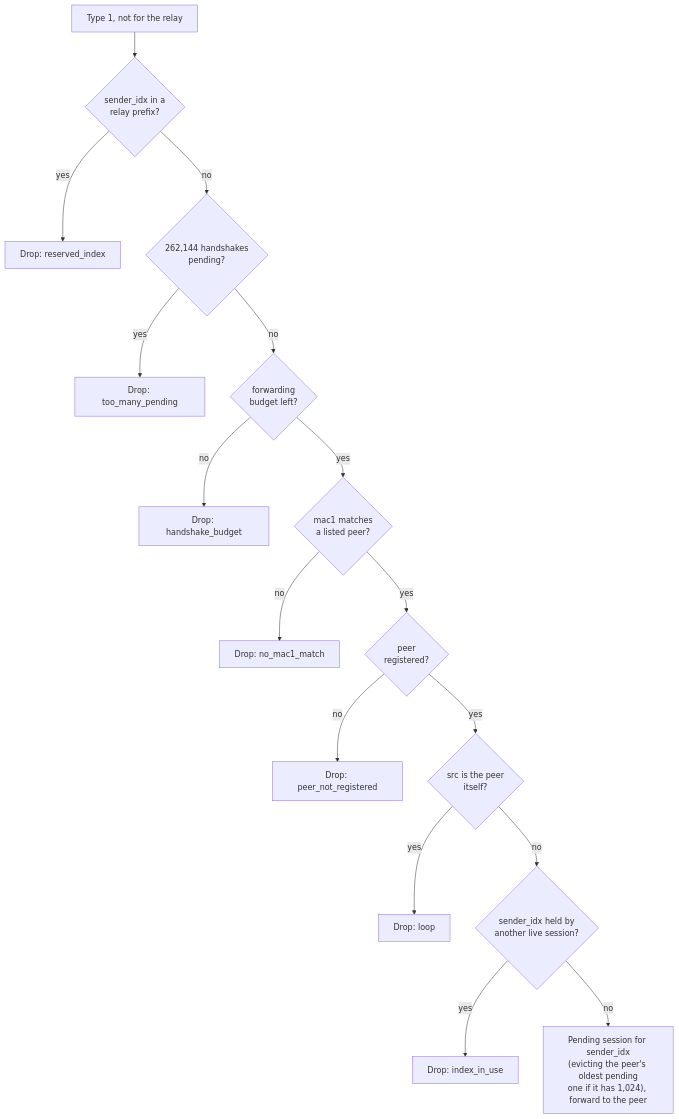
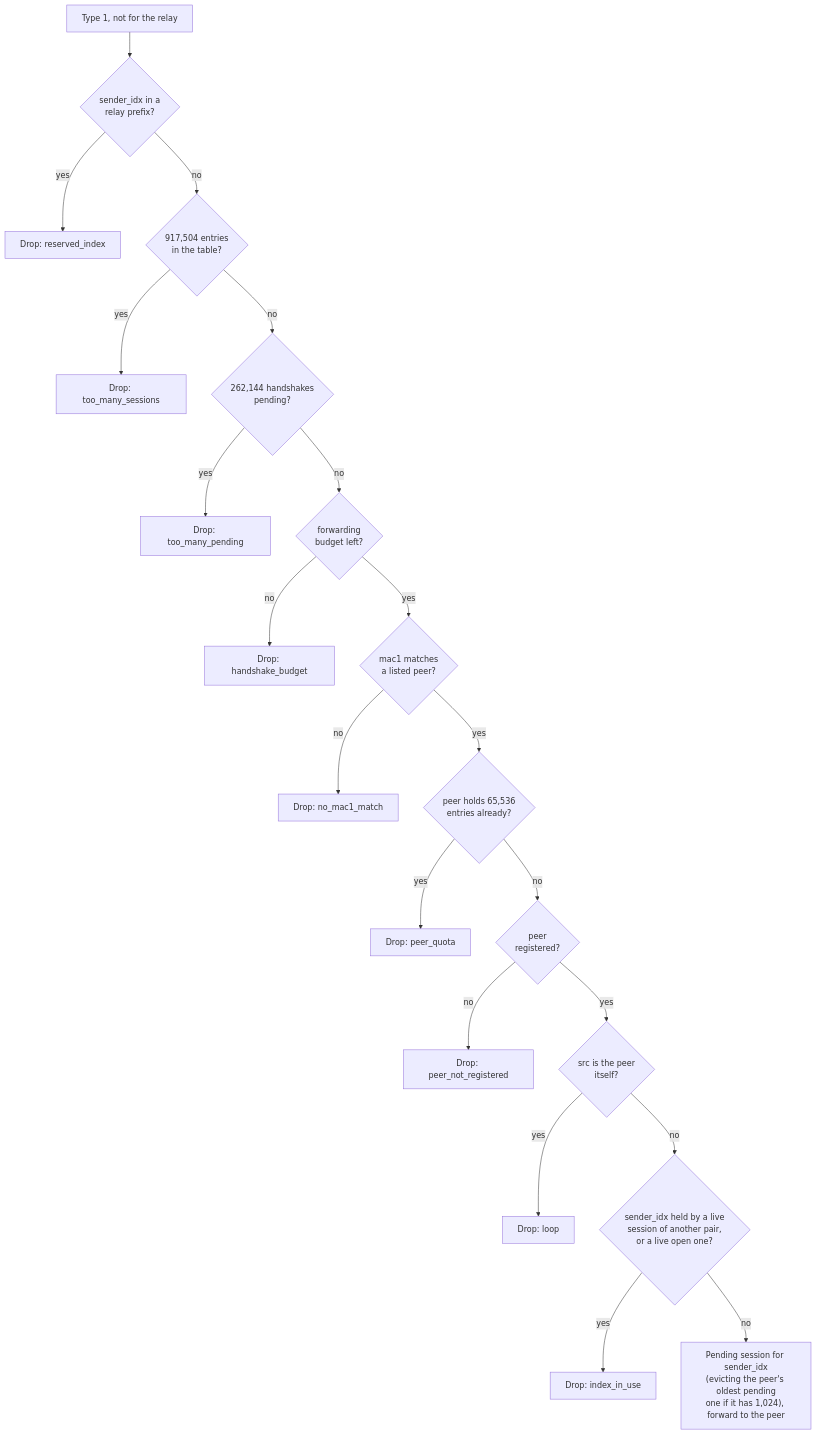
Diagram 15 of 22 in docs/how-it-works.md (3alpha/wg-relay), drawn with Mermaid before and after one commit. The commit also changed other lines of this file and 11 other files, not shown here.

First line of the commit message:
fix(relay): cap sessions, fix their lifetimes and drop unusable sources

````diff
--- a/docs/how-it-works.md
+++ b/docs/how-it-works.md
@@ -491,18 +504,22 @@
 ```mermaid
 flowchart TD
     A["Type 1, not for the relay"] --> R{"sender_idx in a<br/>relay prefix?"}
     R -- yes --> X0["Drop: reserved_index"]
-    R -- no --> G{"262,144 handshakes<br/>pending?"}
+    R -- no --> F{"917,504 entries<br/>in the table?"}
+    F -- yes --> X7["Drop: too_many_sessions"]
+    F -- no --> G{"262,144 handshakes<br/>pending?"}
     G -- yes --> X5["Drop: too_many_pending"]
     G -- no --> BG{"forwarding<br/>budget left?"}
     BG -- no --> X6["Drop: handshake_budget"]
     BG -- yes --> B{"mac1 matches<br/>a listed peer?"}
     B -- no --> X1["Drop: no_mac1_match"]
-    B -- yes --> C{"peer<br/>registered?"}
+    B -- yes --> Q{"peer holds 65,536<br/>entries already?"}
+    Q -- yes --> X8["Drop: peer_quota"]
+    Q -- no --> C{"peer<br/>registered?"}
     C -- no --> X2["Drop: peer_not_registered"]
     C -- yes --> L{"src is the peer<br/>itself?"}
     L -- yes --> X3["Drop: loop"]
-    L -- no --> U{"sender_idx held by<br/>another live session?"}
+    L -- no --> U{"sender_idx held by a live<br/>session of another pair,<br/>or a live open one?"}
     U -- yes --> X4["Drop: index_in_use"]
     U -- no --> OK["Pending session for sender_idx<br/>(evicting the peer's oldest pending<br/>one if it has 1,024), forward to the peer"]
 ```
````
